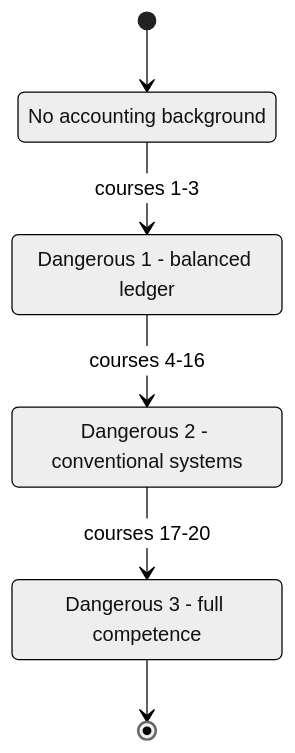
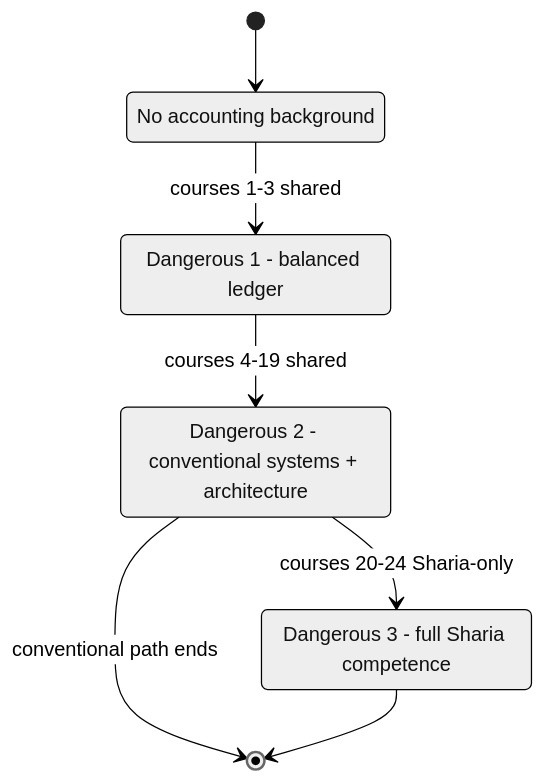
The second of 3 diagrams in plans/backlog/ayokoding-learning-path-06-skills-accounting/README.md (wahidyankf/baseerah), drawn with Mermaid (neutral theme) before and after one commit. The commit also changed other lines of this file and 32 other files, not shown here.

````diff
--- a/plans/backlog/ayokoding-learning-path-06-skills-accounting/README.md
+++ b/plans/backlog/ayokoding-learning-path-06-skills-accounting/README.md
@@ -161,15 +256,15 @@
 ```mermaid
-%% The reader's capability ramp. Each transition is a named "dangerous by here" boundary.
-%% Labels only, no colour classes, so the diagram reads identically in monochrome.
+%% The reader's capability ramp, both paths. Sharia continues past the conventional terminus.
 stateDiagram-v2
     [*] --> Zero
-    Zero --> Useful: courses 1-3
-    Useful --> Broad: courses 4-16
-    Broad --> Full: courses 17-20
+    Zero --> Useful: courses 1-3 shared
+    Useful --> Broad: courses 4-19 shared
+    Broad --> [*]: conventional path ends
+    Broad --> Full: courses 20-24 Sharia-only
     Full --> [*]
 
     Zero: No accounting background
     Useful: Dangerous 1 - balanced ledger
-    Broad: Dangerous 2 - conventional systems
-    Full: Dangerous 3 - full competence
+    Broad: Dangerous 2 - conventional systems + architecture
+    Full: Dangerous 3 - full Sharia competence
 ```
````
